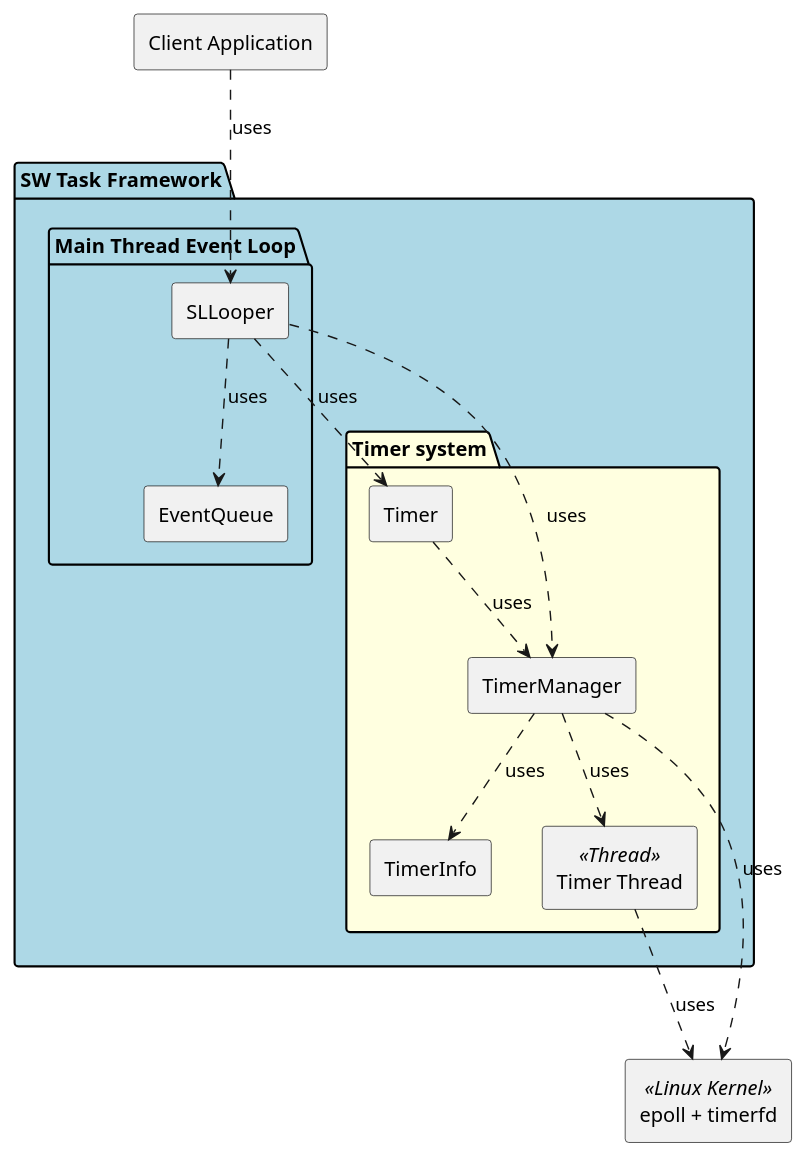
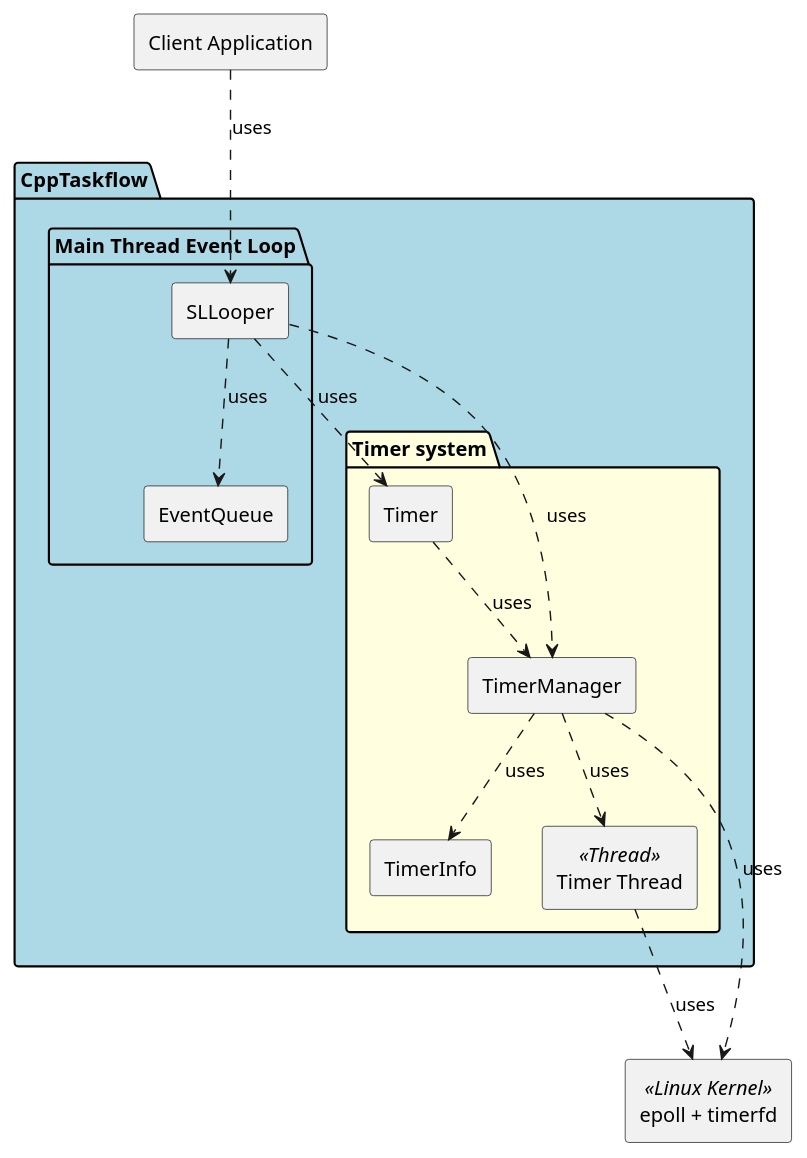
One commit to taikt/sw_task changed the third of 4 diagrams in doc/design/sw_task/efficiency.puml. Above: the diagram before and after it, drawn with PlantUML. The commit also changed other lines of this file and 16 other files, not shown here.

```diff
--- a/doc/design/sw_task/efficiency.puml
+++ b/doc/design/sw_task/efficiency.puml
@@ -144,43 +144,43 @@
 @startuml
 
 rectangle "Client Application" as Client
 rectangle "epoll + timerfd" as EpollFd <<Linux Kernel>>
 
-package "SW Task Framework" #LightBlue {
+package "CppTaskflow" #LightBlue {
     
     package "Main Thread Event Loop" {
         rectangle "SLLooper" as Looper
         rectangle "EventQueue" as Queue
     }
     
     package "Timer system" #LightYellow {
         rectangle "Timer" as Timer
         rectangle "TimerManager" as TimerMgr
         rectangle "TimerInfo" as TimerInfo
         rectangle "Timer Thread" as TimerThread <<Thread>>
     }
 }
 
 ' Pure "uses" dependencies only
 Client ..> Looper : uses
 
 Looper ..> Queue : uses
 Looper ..> TimerMgr : uses
 Looper ..> Timer : uses
 
 Timer ..> TimerMgr : uses
 
 TimerMgr ..> TimerInfo : uses
 TimerMgr ..> TimerThread : uses
 TimerMgr ..> EpollFd : uses
 
 TimerThread ..> EpollFd : uses
 
 ' ' Legend
 ' legend right
 '     | ..> | Uses dependency |
 '     | <<Thread>> | Background thread |
 '     | <<Linux Kernel>> | OS integration |
 ' endlegend
 
 @enduml
```
